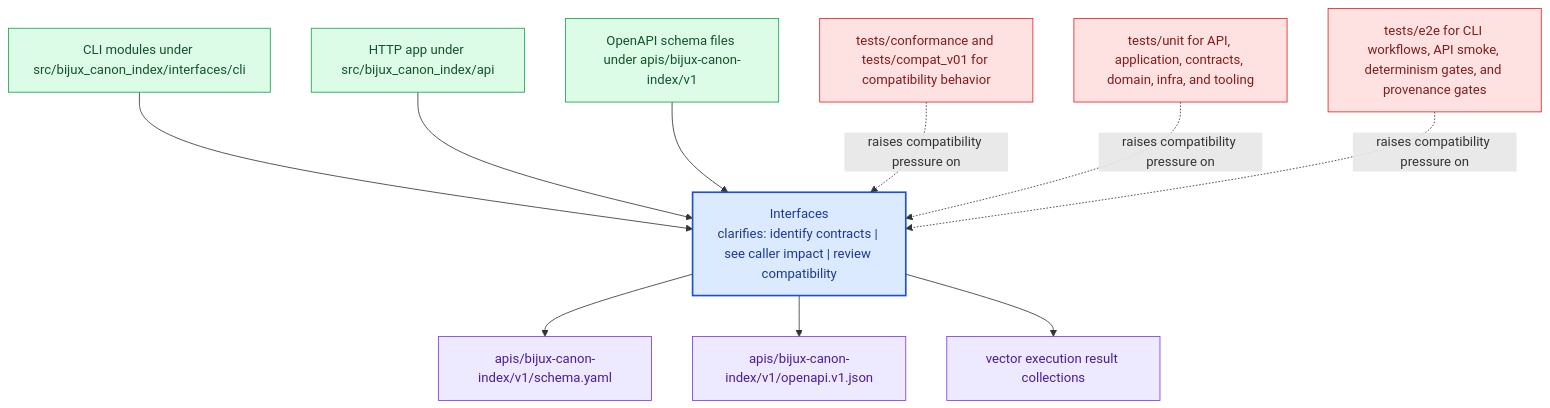
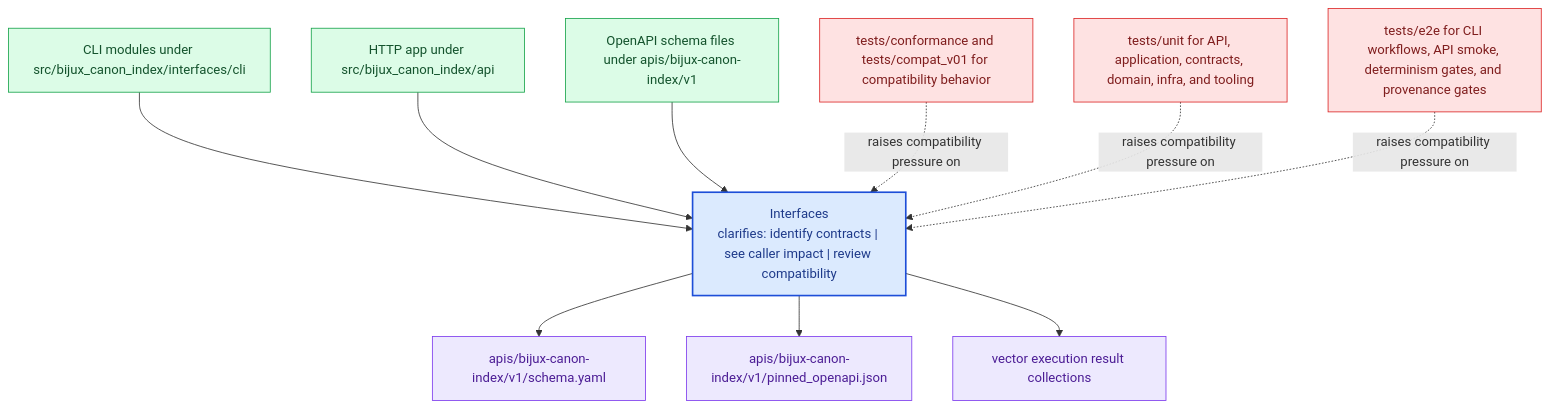
One commit to bijux/bijux-canon changed the diagram in docs/bijux-canon-index/interfaces/index.md. Above: the diagram before and after it, drawn with Mermaid. The commit also changed 23 other files, not shown here.

````diff
--- a/docs/bijux-canon-index/interfaces/index.md
+++ b/docs/bijux-canon-index/interfaces/index.md
@@ -20,31 +20,31 @@
 ```mermaid
 flowchart TB
     page["Interfaces<br/>clarifies: identify contracts | see caller impact | review compatibility"]
     classDef page fill:#dbeafe,stroke:#1d4ed8,color:#1e3a8a,stroke-width:2px;
     classDef positive fill:#dcfce7,stroke:#16a34a,color:#14532d;
     classDef caution fill:#fee2e2,stroke:#dc2626,color:#7f1d1d;
     classDef anchor fill:#ede9fe,stroke:#7c3aed,color:#4c1d95;
     classDef action fill:#fef3c7,stroke:#d97706,color:#7c2d12;
     surface1["CLI modules under src/bijux_canon_index/interfaces/cli"]
     surface1 --> page
     surface2["HTTP app under src/bijux_canon_index/api"]
     surface2 --> page
     surface3["OpenAPI schema files under apis/bijux-canon-index/v1"]
     surface3 --> page
     proof1["apis/bijux-canon-index/v1/schema.yaml"]
     page --> proof1
-    proof2["apis/bijux-canon-index/v1/openapi.v1.json"]
+    proof2["apis/bijux-canon-index/v1/pinned_openapi.json"]
     page --> proof2
     proof3["vector execution result collections"]
     page --> proof3
     review1["tests/conformance and tests/compat_v01 for compatibility behavior"]
     review1 -.raises compatibility pressure on.-> page
     review2["tests/unit for API, application, contracts, domain, infra, and tooling"]
     review2 -.raises compatibility pressure on.-> page
     review3["tests/e2e for CLI workflows, API smoke, determinism gates, and provenance gates"]
     review3 -.raises compatibility pressure on.-> page
     class page page;
     class surface1,surface2,surface3 positive;
     class proof1,proof2,proof3 anchor;
     class review1,review2,review3 caution;
 ```
````
